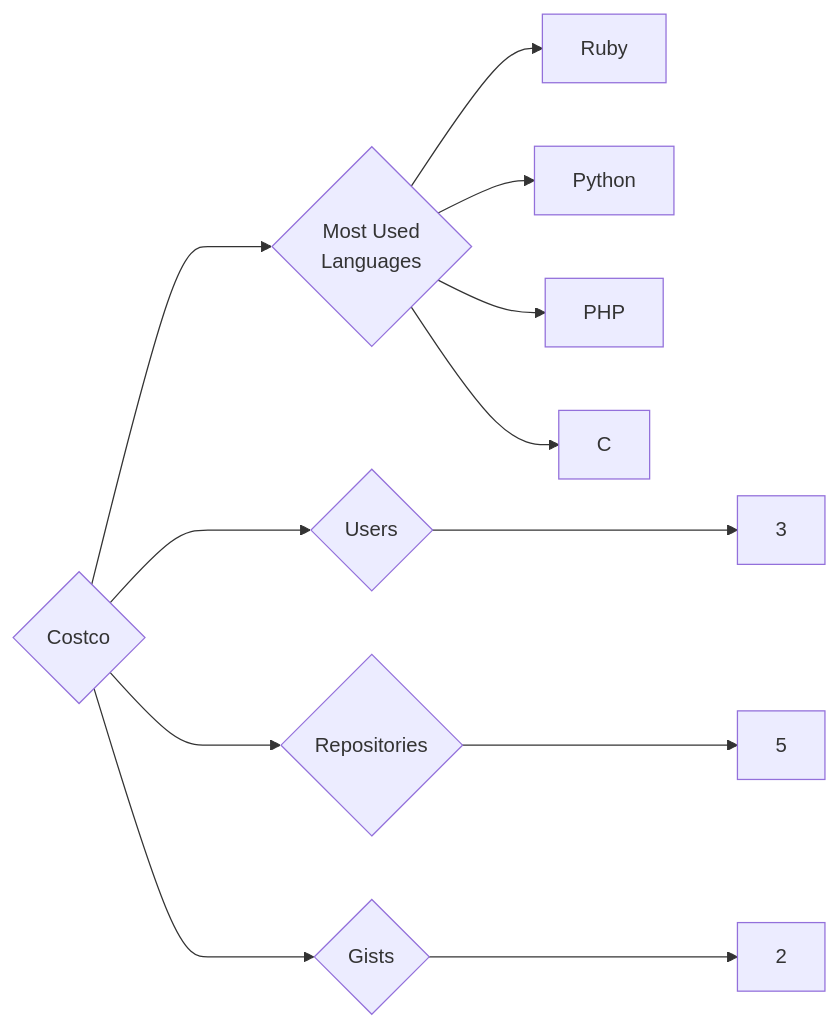
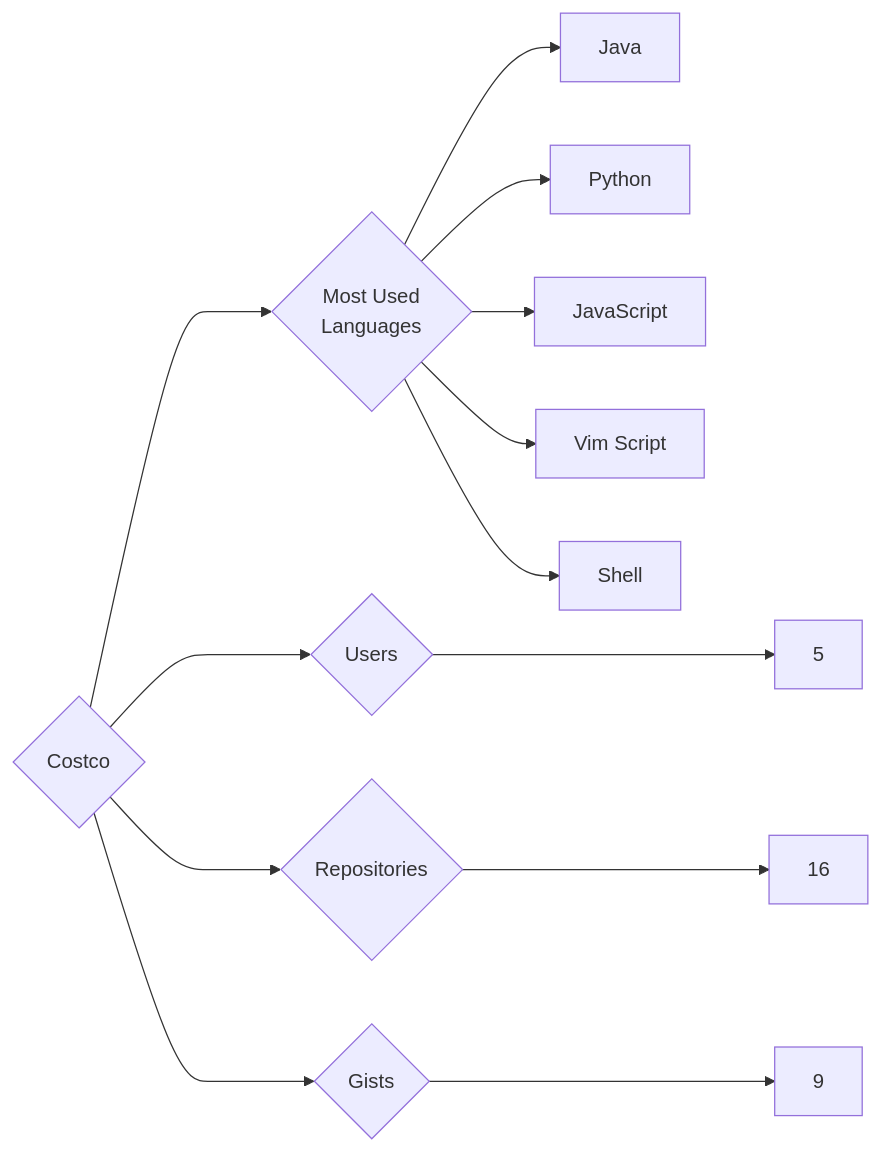
Before and after one commit to trickest/insiders: the diagram in targets/Costco/README.md, drawn with Mermaid. The commit also changed 693 other files, not shown here.

````diff
--- a/targets/Costco/README.md
+++ b/targets/Costco/README.md
@@ -3,12 +3,13 @@
 ```mermaid
 graph LR
 COMPANY_NAME{Costco}
-COMPANY_NAME ---> U{Users} ---> UN[3]
-COMPANY_NAME ---> R{Repositories} ---> RN[5]
-COMPANY_NAME ---> G{Gists} ---> GN[2]
+COMPANY_NAME ---> U{Users} ---> UN[5]
+COMPANY_NAME ---> R{Repositories} ---> RN[16]
+COMPANY_NAME ---> G{Gists} ---> GN[9]
 COMPANY_NAME ---> ML{Most Used<br>Languages}
-ML --> Ruby[Ruby]
+ML --> Java[Java]
 ML --> Python[Python]
-ML --> PHP[PHP]
-ML --> C[C]
+ML --> JavaScript[JavaScript]
+ML --> Vim_Script[Vim Script]
+ML --> Shell[Shell]
 ```
````
